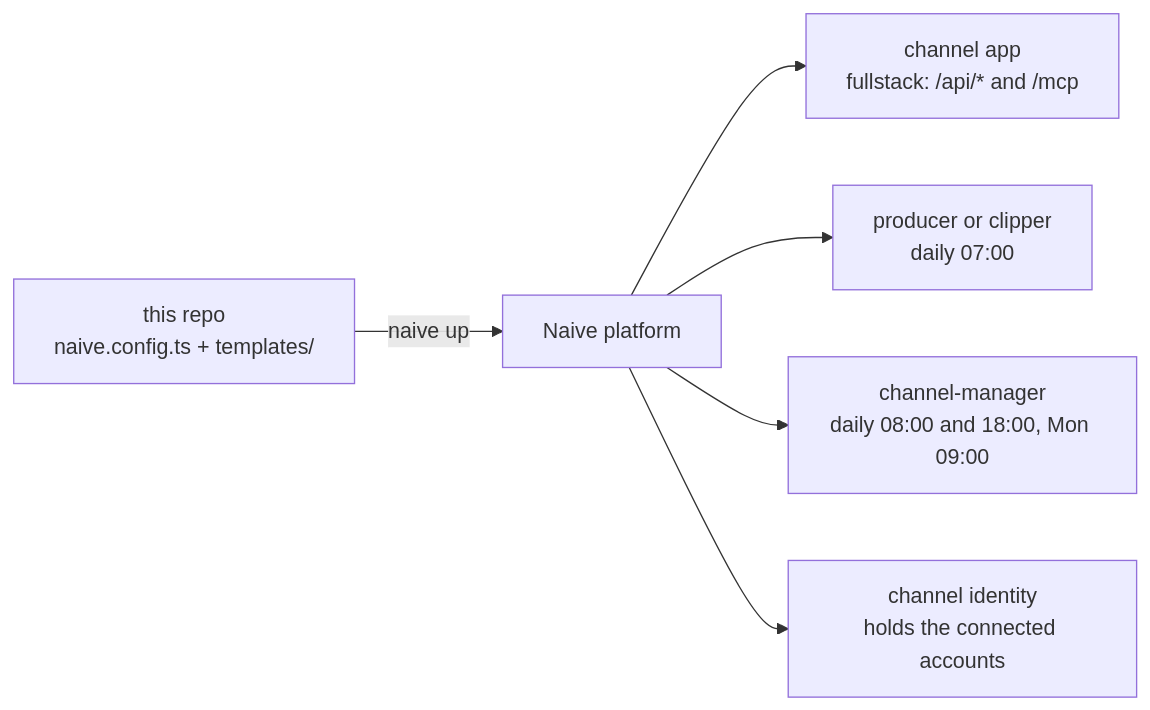
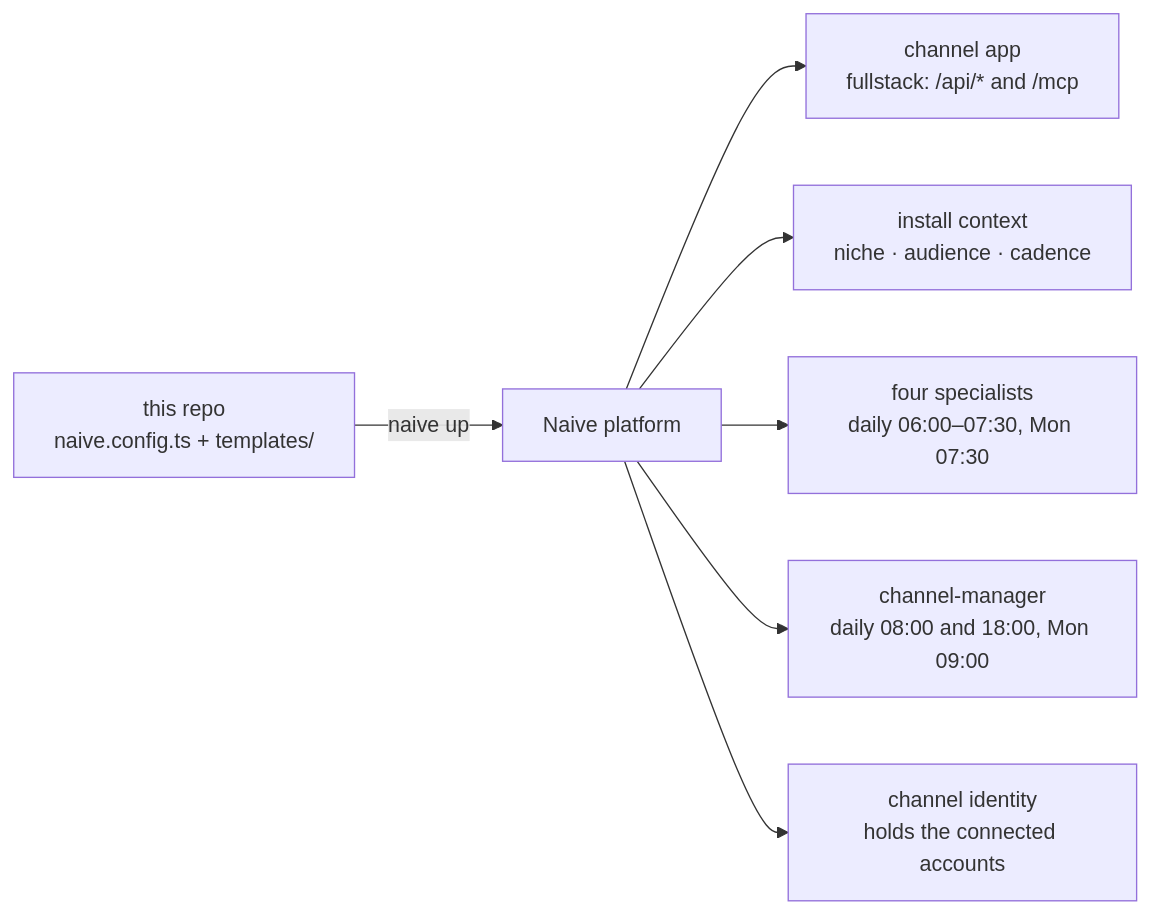
Before and after one commit to usenaive/media-blueprint: the diagram in README.md, drawn with Mermaid. The commit also changed other lines of this file and 22 other files, not shown here.

````diff
--- a/README.md
+++ b/README.md
@@ -32,9 +38,10 @@
 ```mermaid
 flowchart LR
   repo["this repo<br/>naive.config.ts + templates/"]
   repo -->|naive up| plat["Naive platform"]
   plat --> app["channel app<br/>fullstack: /api/* and /mcp"]
-  plat --> spec["producer or clipper<br/>daily 07:00"]
+  plat --> ctx["install context<br/>niche · audience · cadence"]
+  plat --> spec["four specialists<br/>daily 06:00–07:30, Mon 07:30"]
   plat --> mgr["channel-manager<br/>daily 08:00 and 18:00, Mon 09:00"]
   plat --> idn["channel identity<br/>holds the connected accounts"]
 ```
````
